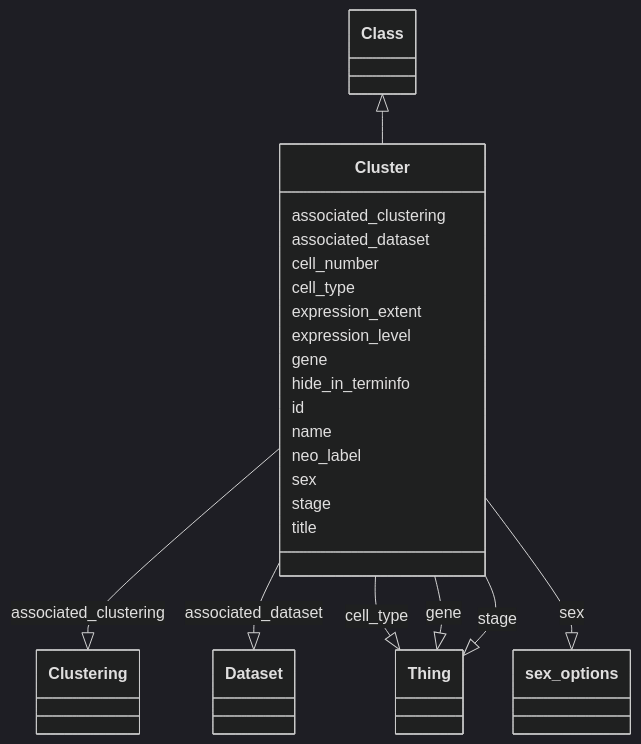
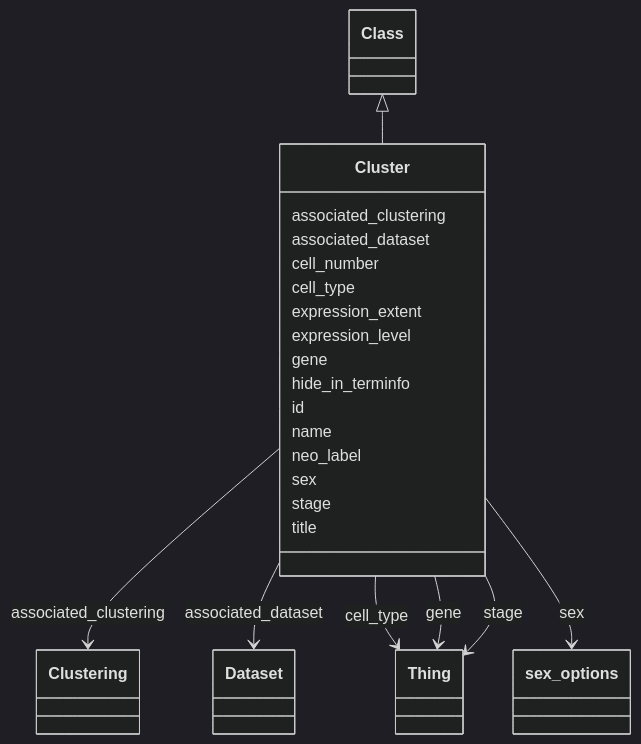
The diagram in docs/Cluster.md (VirtualFlyBrain/vfb-scRNAseq-ontology), drawn with Mermaid (dark theme) before and after one commit. The commit also changed other lines of this file and 31 other files, not shown here.

````diff
--- a/docs/Cluster.md
+++ b/docs/Cluster.md
@@ -10,47 +10,47 @@
 ```mermaid
  classDiagram
     class Cluster
       Class <|-- Cluster
       
       Cluster : associated_clustering
         
-          Cluster --|> Clustering : associated_clustering
+          Cluster --> Clustering : associated_clustering
         
       Cluster : associated_dataset
         
-          Cluster --|> Dataset : associated_dataset
+          Cluster --> Dataset : associated_dataset
         
       Cluster : cell_number
         
       Cluster : cell_type
         
-          Cluster --|> Thing : cell_type
+          Cluster --> Thing : cell_type
         
       Cluster : expression_extent
         
       Cluster : expression_level
         
       Cluster : gene
         
-          Cluster --|> Thing : gene
+          Cluster --> Thing : gene
         
       Cluster : hide_in_terminfo
         
       Cluster : id
         
       Cluster : name
         
       Cluster : neo_label
         
       Cluster : sex
         
-          Cluster --|> sex_options : sex
+          Cluster --> sex_options : sex
         
       Cluster : stage
         
-          Cluster --|> Thing : stage
+          Cluster --> Thing : stage
         
       Cluster : title
         
       
 ```
````
